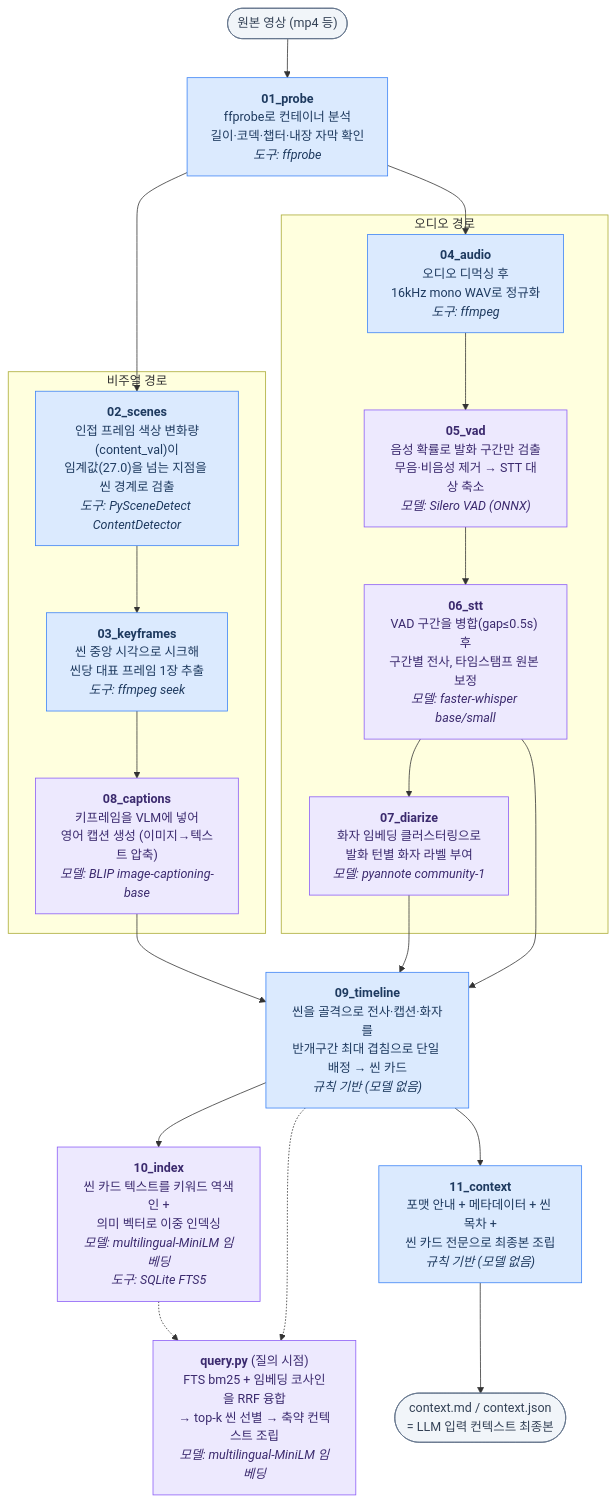
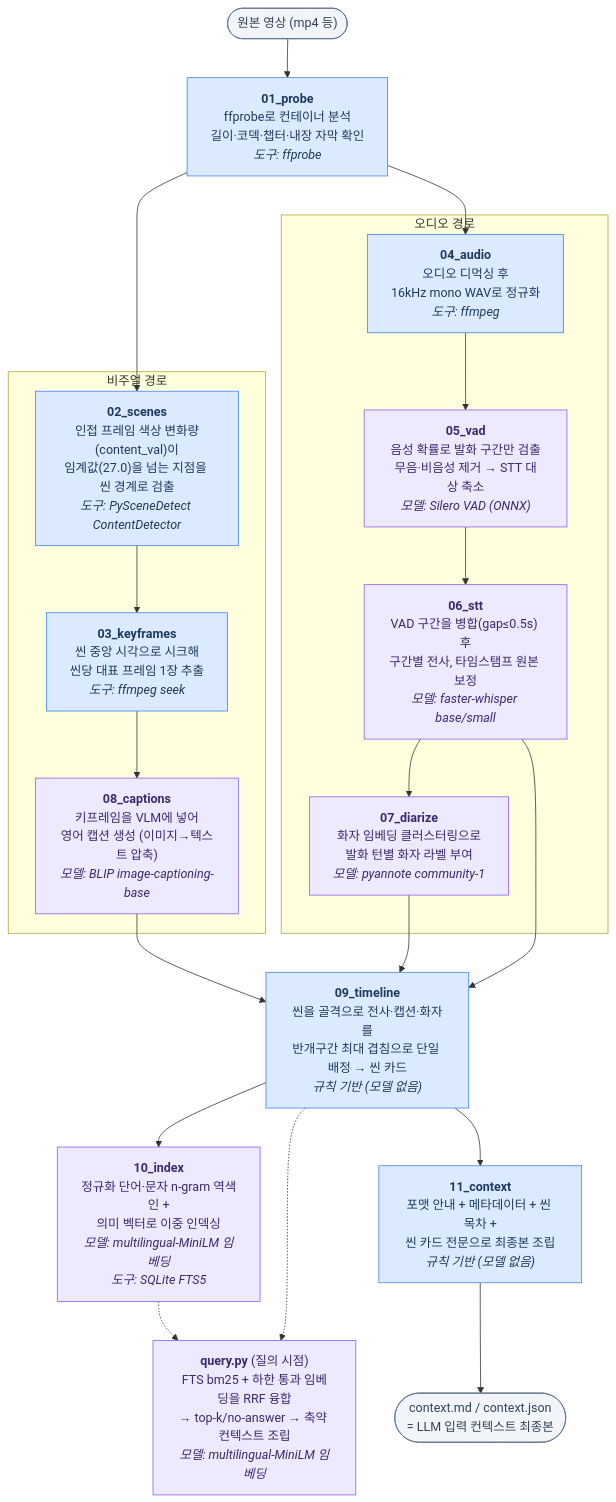
The diagram in docs/05-pipeline.md (haesookimDev/video-preprocess), drawn with Mermaid before and after one commit. The commit also changed other lines of this file and 17 other files, not shown here.

````diff
--- a/docs/05-pipeline.md
+++ b/docs/05-pipeline.md
@@ -6,50 +6,50 @@
 ```mermaid
 flowchart TD
     V(["원본 영상 (mp4 등)"]) --> S01
 
     S01["<b>01_probe</b><br/>ffprobe로 컨테이너 분석<br/>길이·코덱·챕터·내장 자막 확인<br/><i>도구: ffprobe</i>"]
 
     S01 --> S02
     S01 --> S04
 
     subgraph VIDEO ["비주얼 경로"]
         S02["<b>02_scenes</b><br/>인접 프레임 색상 변화량(content_val)이<br/>임계값(27.0)을 넘는 지점을 씬 경계로 검출<br/><i>도구: PySceneDetect ContentDetector</i>"]
         S03["<b>03_keyframes</b><br/>씬 중앙 시각으로 시크해<br/>씬당 대표 프레임 1장 추출<br/><i>도구: ffmpeg seek</i>"]
         S08["<b>08_captions</b><br/>키프레임을 VLM에 넣어<br/>영어 캡션 생성 (이미지→텍스트 압축)<br/><i>모델: BLIP image-captioning-base</i>"]
         S02 --> S03 --> S08
     end
 
     subgraph AUDIO ["오디오 경로"]
         S04["<b>04_audio</b><br/>오디오 디먹싱 후<br/>16kHz mono WAV로 정규화<br/><i>도구: ffmpeg</i>"]
         S05["<b>05_vad</b><br/>음성 확률로 발화 구간만 검출<br/>무음·비음성 제거 → STT 대상 축소<br/><i>모델: Silero VAD (ONNX)</i>"]
         S06["<b>06_stt</b><br/>VAD 구간을 병합(gap≤0.5s) 후<br/>구간별 전사, 타임스탬프 원본 보정<br/><i>모델: faster-whisper base/small</i>"]
         S07["<b>07_diarize</b><br/>화자 임베딩 클러스터링으로<br/>발화 턴별 화자 라벨 부여<br/><i>모델: pyannote community-1</i>"]
         S04 --> S05 --> S06 --> S07
     end
 
     S08 --> S09
     S07 --> S09
     S06 --> S09
 
     S09["<b>09_timeline</b><br/>씬을 골격으로 전사·캡션·화자를<br/>반개구간 최대 겹침으로 단일 배정 → 씬 카드<br/><i>규칙 기반 (모델 없음)</i>"]
 
     S09 --> S10
     S09 --> S11
 
-    S10["<b>10_index</b><br/>씬 카드 텍스트를 키워드 역색인 +<br/>의미 벡터로 이중 인덱싱<br/><i>모델: multilingual-MiniLM 임베딩<br/>도구: SQLite FTS5</i>"]
+    S10["<b>10_index</b><br/>정규화 단어·문자 n-gram 역색인 +<br/>의미 벡터로 이중 인덱싱<br/><i>모델: multilingual-MiniLM 임베딩<br/>도구: SQLite FTS5</i>"]
 
     S11["<b>11_context</b><br/>포맷 안내 + 메타데이터 + 씬 목차 +<br/>씬 카드 전문으로 최종본 조립<br/><i>규칙 기반 (모델 없음)</i>"]
 
     S11 --> OUT(["context.md / context.json<br/>= LLM 입력 컨텍스트 최종본"])
 
     S10 -.-> Q
     S09 -.-> Q
-    Q["<b>query.py</b> (질의 시점)<br/>FTS bm25 + 임베딩 코사인을 RRF 융합<br/>→ top-k 씬 선별 → 축약 컨텍스트 조립<br/><i>모델: multilingual-MiniLM 임베딩</i>"]
+    Q["<b>query.py</b> (질의 시점)<br/>FTS bm25 + 하한 통과 임베딩을 RRF 융합<br/>→ top-k/no-answer → 축약 컨텍스트 조립<br/><i>모델: multilingual-MiniLM 임베딩</i>"]
 
     classDef rule fill:#dbeafe,stroke:#3b82f6,color:#1e3a5f
     classDef ml fill:#ede9fe,stroke:#8b5cf6,color:#3b2a6e
     classDef io fill:#f1f5f9,stroke:#64748b,color:#334155
     class S01,S02,S03,S04,S09,S11 rule
     class S05,S06,S07,S08,S10,Q ml
     class V,OUT io
 ```
````
